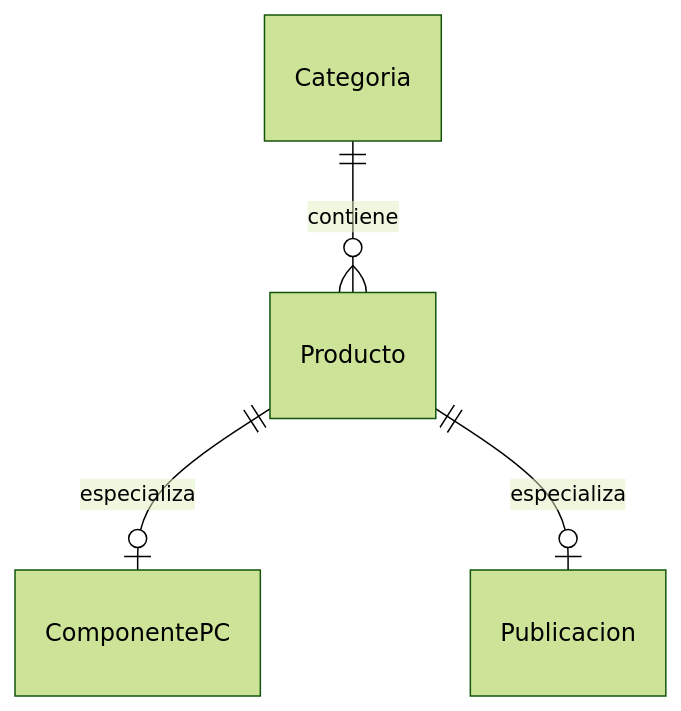
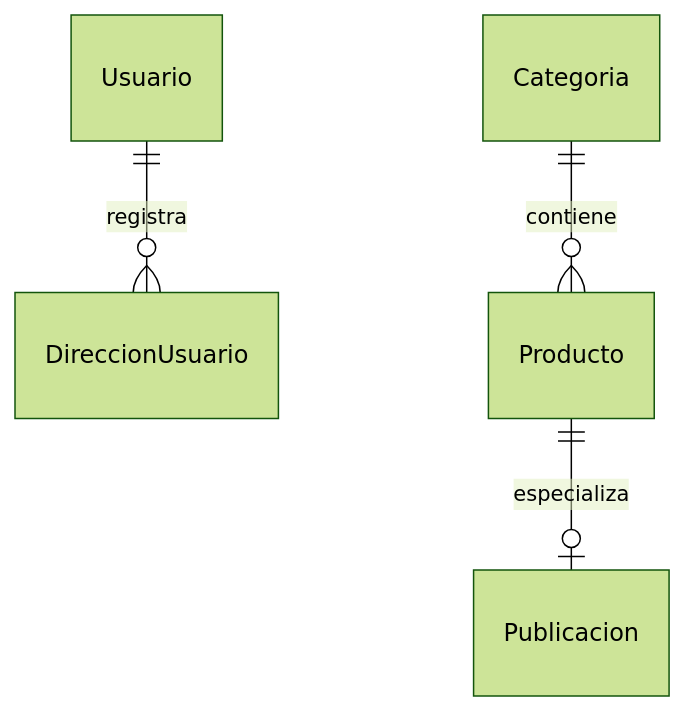
Before and after one commit to Anderson-b1t/ngt-platform: the second of 11 diagrams in docs/er/modelo-er.md, drawn with Mermaid (forest theme). The commit also changed other lines of this file and 2 other files, not shown here.

````diff
--- a/docs/er/modelo-er.md
+++ b/docs/er/modelo-er.md
@@ -105,6 +99,6 @@
 ```mermaid
 erDiagram
+    Usuario ||--o{ DireccionUsuario : registra
     Categoria ||--o{ Producto : contiene
-    Producto ||--o| ComponentePC : especializa
     Producto ||--o| Publicacion : especializa
 ```
````
